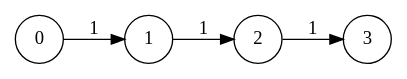
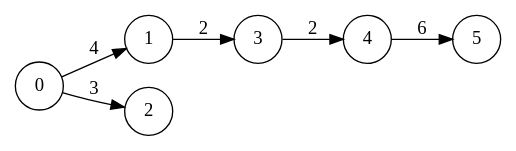
The diagram in grafs/tmp.gv (ErnestJorba/programacio-1-practica), drawn with Graphviz before and after one commit. The commit also changed 8 other files, not shown here.

```diff
--- a/grafs/tmp.gv
+++ b/grafs/tmp.gv
@@ -1,7 +1,9 @@
 digraph text {
 	node [shape=circle]
 	rankdir=LR size="8,5"
-	0 -> 1 [label=1]
-	1 -> 2 [label=1]
-	2 -> 3 [label=1]
+	0 -> 1 [label=4]
+	0 -> 2 [label=3]
+	1 -> 3 [label=2]
+	3 -> 4 [label=2]
+	4 -> 5 [label=6]
 }
```
